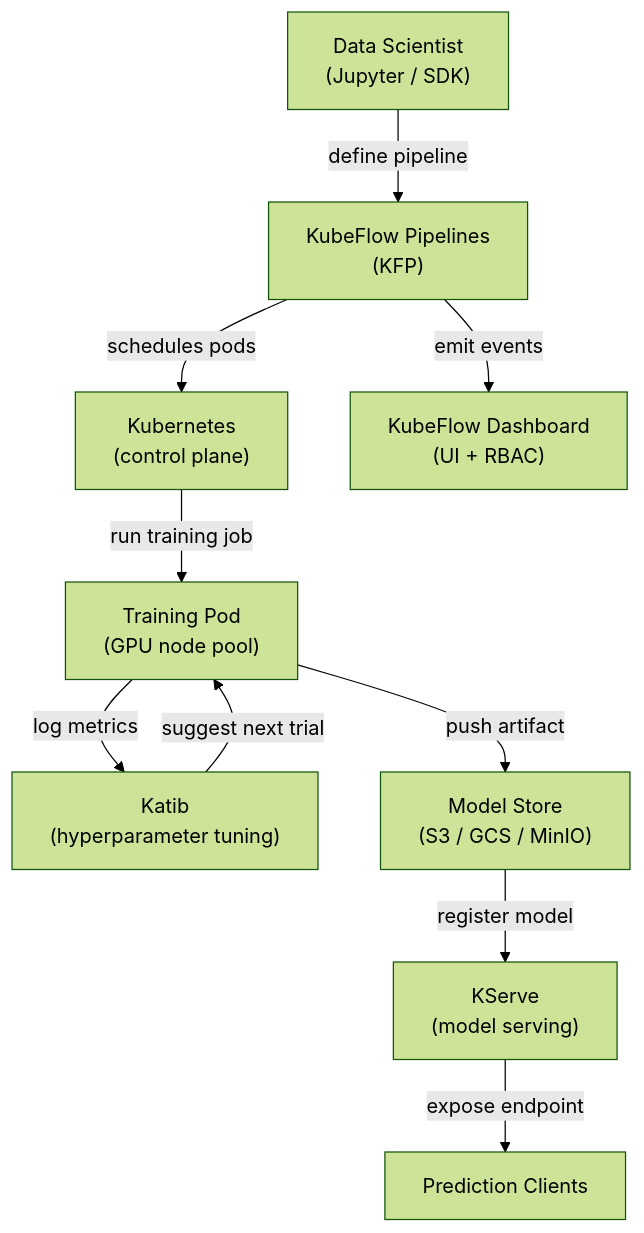
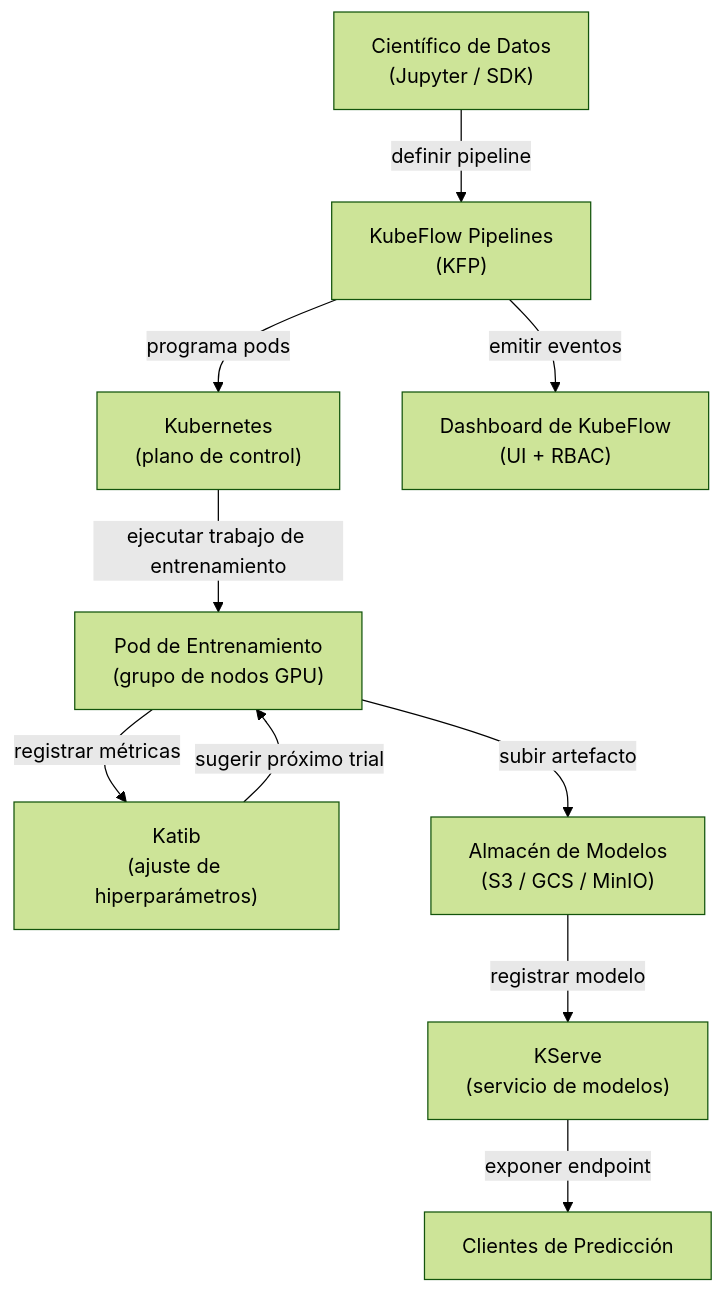
The diagram in i18n/es/docusaurus-plugin-content-docs/current/mlops/deployment/kubeflow.md (EmersonBraun/ai-summary-hub), drawn with Mermaid (forest theme) before and after one commit. The commit also changed other lines of this file and 230 other files, not shown here.

````diff
--- a/i18n/es/docusaurus-plugin-content-docs/current/mlops/deployment/kubeflow.md
+++ b/i18n/es/docusaurus-plugin-content-docs/current/mlops/deployment/kubeflow.md
@@ -19,12 +21,12 @@
 ```mermaid
 flowchart TB
-  Developer["Data Scientist\n(Jupyter / SDK)"] -->|"define pipeline"| KFP["KubeFlow Pipelines\n(KFP)"]
-  KFP -->|"schedules pods"| K8s["Kubernetes\n(control plane)"]
-  K8s -->|"run training job"| TrainPod["Training Pod\n(GPU node pool)"]
-  TrainPod -->|"log metrics"| Katib["Katib\n(hyperparameter tuning)"]
-  Katib -->|"suggest next trial"| TrainPod
-  TrainPod -->|"push artifact"| Storage["Model Store\n(S3 / GCS / MinIO)"]
-  Storage -->|"register model"| KFServe["KServe\n(model serving)"]
-  KFServe -->|"expose endpoint"| Client["Prediction Clients"]
-  KFP -->|"emit events"| Dashboard["KubeFlow Dashboard\n(UI + RBAC)"]
+  Developer["Científico de Datos\n(Jupyter / SDK)"] -->|"definir pipeline"| KFP["KubeFlow Pipelines\n(KFP)"]
+  KFP -->|"programa pods"| K8s["Kubernetes\n(plano de control)"]
+  K8s -->|"ejecutar trabajo de entrenamiento"| TrainPod["Pod de Entrenamiento\n(grupo de nodos GPU)"]
+  TrainPod -->|"registrar métricas"| Katib["Katib\n(ajuste de hiperparámetros)"]
+  Katib -->|"sugerir próximo trial"| TrainPod
+  TrainPod -->|"subir artefacto"| Storage["Almacén de Modelos\n(S3 / GCS / MinIO)"]
+  Storage -->|"registrar modelo"| KFServe["KServe\n(servicio de modelos)"]
+  KFServe -->|"exponer endpoint"| Client["Clientes de Predicción"]
+  KFP -->|"emitir eventos"| Dashboard["Dashboard de KubeFlow\n(UI + RBAC)"]
 ```
````
